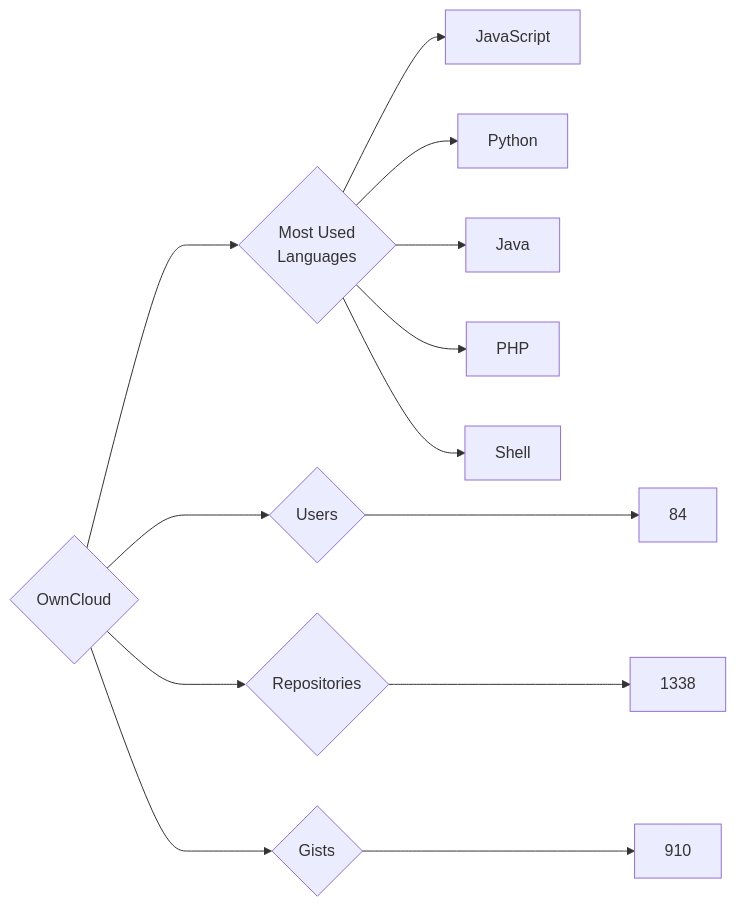
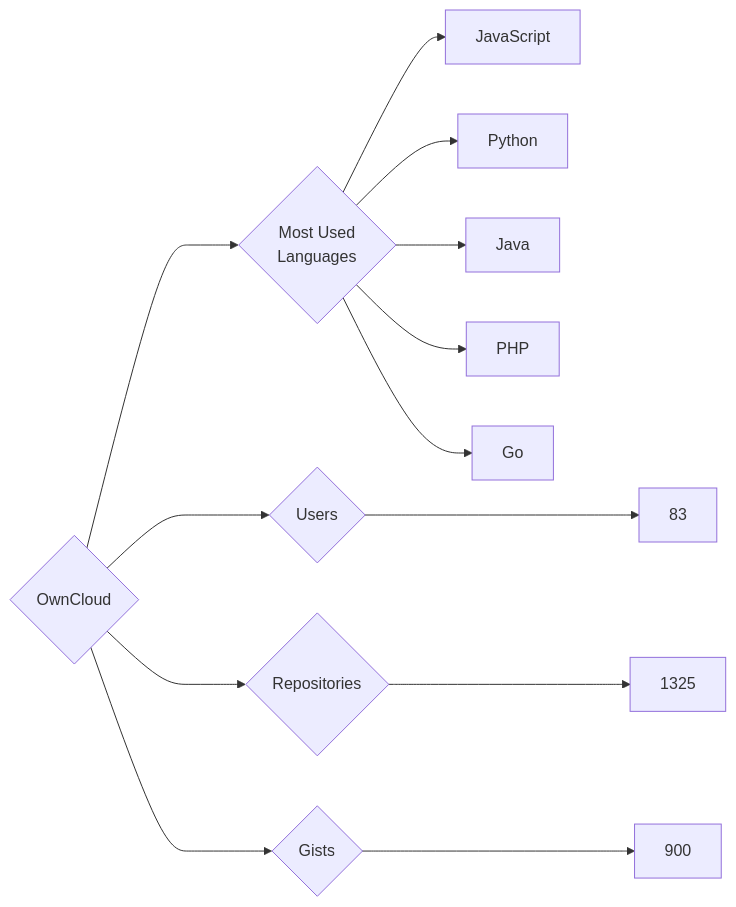
One commit to trickest/insiders changed the diagram in targets/OwnCloud/README.md. Above: the diagram before and after it, drawn with Mermaid. The commit also changed 835 other files, not shown here.

````diff
--- a/targets/OwnCloud/README.md
+++ b/targets/OwnCloud/README.md
@@ -3,13 +3,13 @@
 ```mermaid
 graph LR
 COMPANY_NAME{OwnCloud}
-COMPANY_NAME ---> U{Users} ---> UN[84]
-COMPANY_NAME ---> R{Repositories} ---> RN[1338]
-COMPANY_NAME ---> G{Gists} ---> GN[910]
+COMPANY_NAME ---> U{Users} ---> UN[83]
+COMPANY_NAME ---> R{Repositories} ---> RN[1325]
+COMPANY_NAME ---> G{Gists} ---> GN[900]
 COMPANY_NAME ---> ML{Most Used<br>Languages}
 ML --> JavaScript[JavaScript]
 ML --> Python[Python]
 ML --> Java[Java]
 ML --> PHP[PHP]
-ML --> Shell[Shell]
+ML --> Go[Go]
 ```
````
